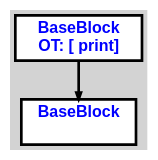
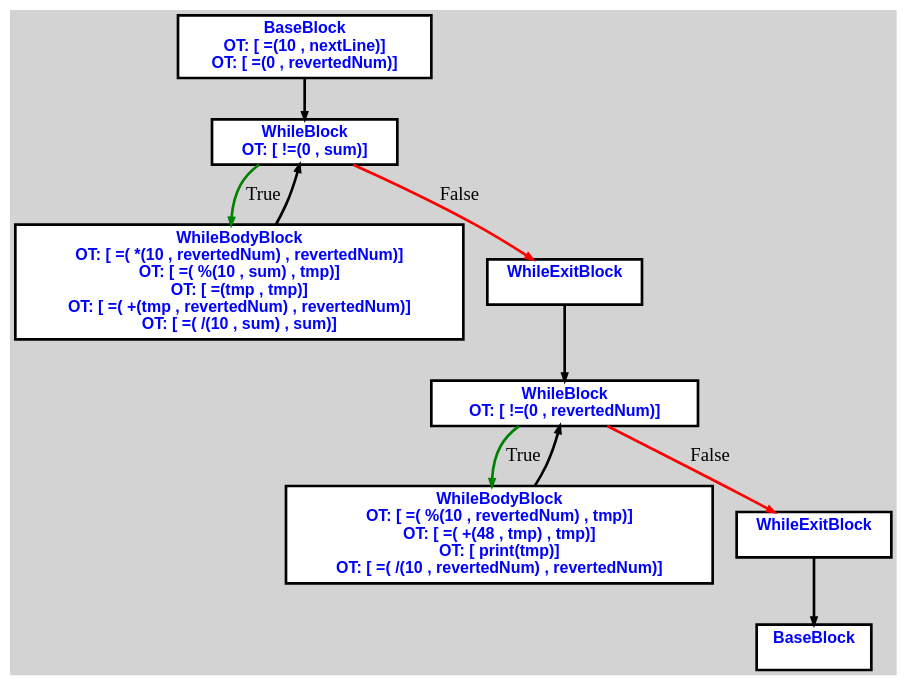
The diagram in cpoCompilerWin/input2.txt.print_value.dot (aveen007/CountingMonkeys), drawn with Graphviz before and after one commit. The commit also changed 18 other files, not shown here.

```diff
--- a/cpoCompilerWin/input2.txt.print_value.dot
+++ b/cpoCompilerWin/input2.txt.print_value.dot
@@ -1,11 +1,37 @@
 digraph G {
 ordering=out;
 ranksep=.4;
 bgcolor="lightgrey";  node [shape=box, fixedsize=false, fontsize=12, fontname="Helvetica-bold", fontcolor="blue"
 width=.25, height=.25, color="black", fillcolor="white", style="filled, solid, bold"];
 
-edge [arrowsize=.5, color="black", style="bold"]    n0000126738C21A00 [label="BaseBlock\n OT: [ print]
+edge [arrowsize=.5, color="black", style="bold"]    n00001248E52A1C40 [label="BaseBlock\n OT: [ =(10 , nextLine)]
+OT: [ =(0 , revertedNum)]
 "]
-    n0000126738C21A60 [label="BaseBlock\n "]
-    n0000126738C21A00 -> n0000126738C21A60
+    n00001248E52A1CA0 [label="WhileBlock\n OT: [ !=(0 , sum)]
+"]
+    n00001248E52A1C40 -> n00001248E52A1CA0
+	   n00001248E52A1CA0 -> n00001248E52A1D00 [ label = "True" color="green"]
+    n00001248E52A1D00 [label="WhileBodyBlock\n OT: [ =( *(10 , revertedNum) , revertedNum)]
+OT: [ =( %(10 , sum) , tmp)]
+OT: [ =(tmp , tmp)]
+OT: [ =( +(tmp , revertedNum) , revertedNum)]
+OT: [ =( /(10 , sum) , sum)]
+"]
+    n00001248E52A1D00 -> n00001248E52A1CA0
+	   n00001248E52A1CA0 -> n00001248E52A1D60 [ label = "False" color="red"]
+    n00001248E52A1D60 [label="WhileExitBlock\n "]
+    n00001248E52A1DC0 [label="WhileBlock\n OT: [ !=(0 , revertedNum)]
+"]
+    n00001248E52A1D60 -> n00001248E52A1DC0
+	   n00001248E52A1DC0 -> n00001248E52A1E20 [ label = "True" color="green"]
+    n00001248E52A1E20 [label="WhileBodyBlock\n OT: [ =( %(10 , revertedNum) , tmp)]
+OT: [ =( +(48 , tmp) , tmp)]
+OT: [ print(tmp)]
+OT: [ =( /(10 , revertedNum) , revertedNum)]
+"]
+    n00001248E52A1E20 -> n00001248E52A1DC0
+	   n00001248E52A1DC0 -> n00001248E52A1E80 [ label = "False" color="red"]
+    n00001248E52A1E80 [label="WhileExitBlock\n "]
+    n00001248E52A1EE0 [label="BaseBlock\n "]
+    n00001248E52A1E80 -> n00001248E52A1EE0
 }
```
